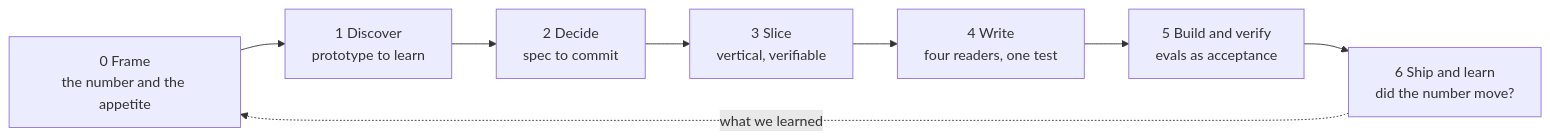
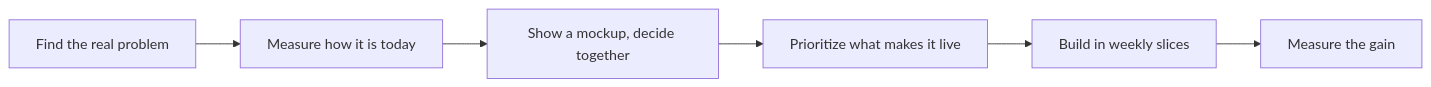
Before and after one commit to Benyoumen/Benyoumen: the first of 2 diagrams in README.md, drawn with Mermaid. The commit also changed other lines of this file and 3 other files, not shown here.

````diff
--- a/README.md
+++ b/README.md
@@ -54,8 +75,8 @@
 ```mermaid
 flowchart LR
-    F["0 Frame<br/>the number and the appetite"] --> D["1 Discover<br/>prototype to learn"]
-    D --> S["2 Decide<br/>spec to commit"] --> L["3 Slice<br/>vertical, verifiable"]
-    L --> W["4 Write<br/>four readers, one test"] --> B["5 Build and verify<br/>evals as acceptance"]
-    B --> H["6 Ship and learn<br/>did the number move?"]
-    H -. "what we learned" .-> F
+    A["Find the real problem"] --> B["Measure how it is today"]
+    B --> C["Show a mockup, decide together"]
+    C --> D["Prioritize what makes it live"]
+    D --> E["Build in weekly slices"]
+    E --> F["Measure the gain"]
 ```
````
